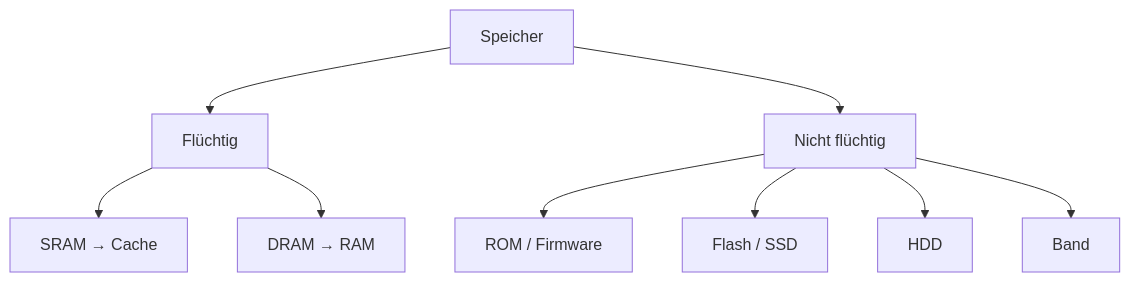
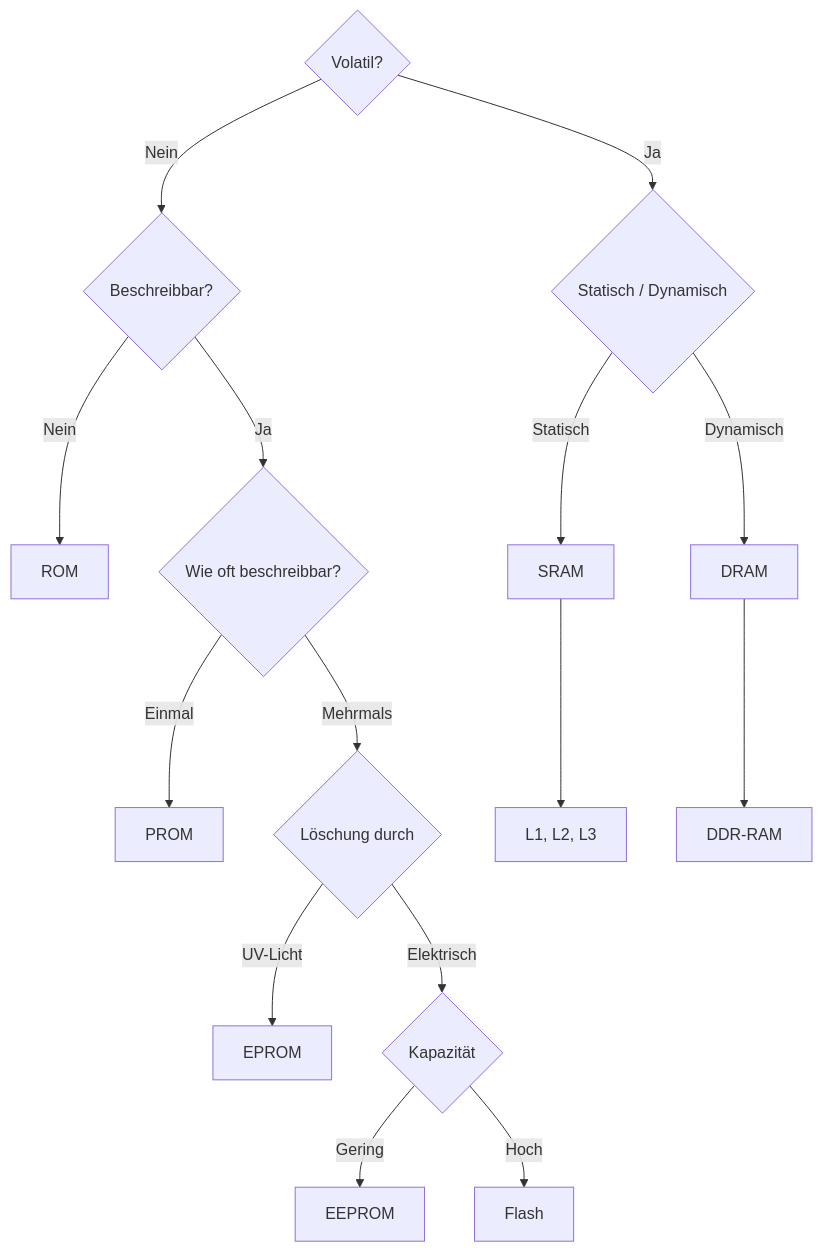
Before and after one commit to seanconroy-dev/FIAE_Umschulung_Notes: the second of 3 diagrams in notes/2026/Systemtechnik/WED/2026-03-17_Systemtechnik_WED_speicherhierarchie.md, drawn with Mermaid. The commit also changed other lines of this file, not shown here.

````diff
--- a/notes/2026/Systemtechnik/WED/2026-03-17_Systemtechnik_WED_speicherhierarchie.md
+++ b/notes/2026/Systemtechnik/WED/2026-03-17_Systemtechnik_WED_speicherhierarchie.md
@@ -163,13 +235,25 @@
 ```mermaid
 flowchart TD
-  A["Speicher"] --> B["Flüchtig"]
-  A --> C["Nicht flüchtig"]
+  A{"Volatil?"}
 
-  B --> SRAM["SRAM → Cache"]
-  B --> DRAM["DRAM → RAM"]
+  A -->|Nein| B{"Beschreibbar?"}
+  A -->|Ja| C{"Statisch / Dynamisch"}
 
-  C --> ROM["ROM / Firmware"]
-  C --> FLASH["Flash / SSD"]
-  C --> HDD["HDD"]
-  C --> BAND["Band"]
+  B -->|Nein| ROM["ROM"]
+  B -->|Ja| D{"Wie oft beschreibbar?"}
+
+  D -->|Einmal| PROM["PROM"]
+  D -->|Mehrmals| E{"Löschung durch"}
+
+  E -->|UV-Licht| EPROM["EPROM"]
+  E -->|Elektrisch| F{"Kapazität"}
+
+  F -->|Gering| EEPROM["EEPROM"]
+  F -->|Hoch| FLASH["Flash"]
+
+  C -->|Statisch| SRAM["SRAM"]
+  C -->|Dynamisch| DRAM["DRAM"]
+
+  SRAM --> CACHE["L1, L2, L3"]
+  DRAM --> DDR["DDR-RAM"]
 ```
````
